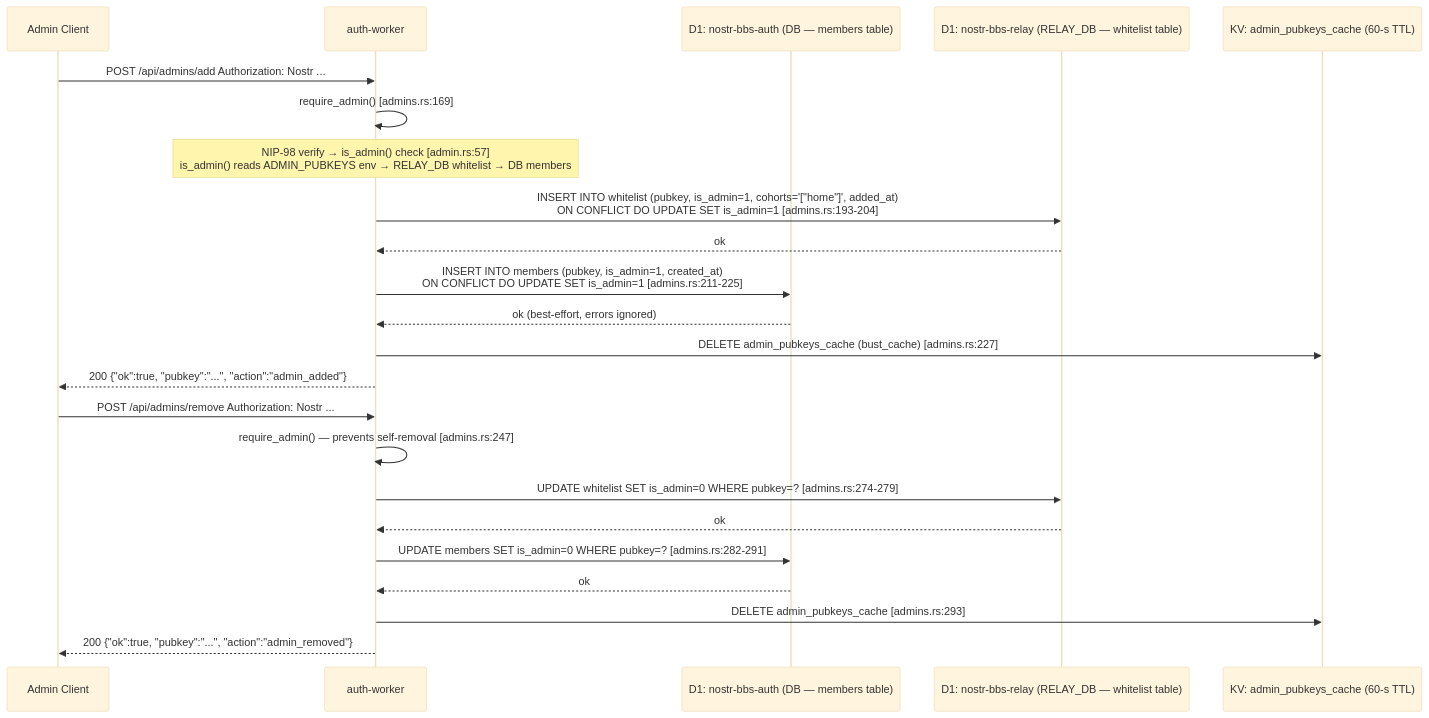
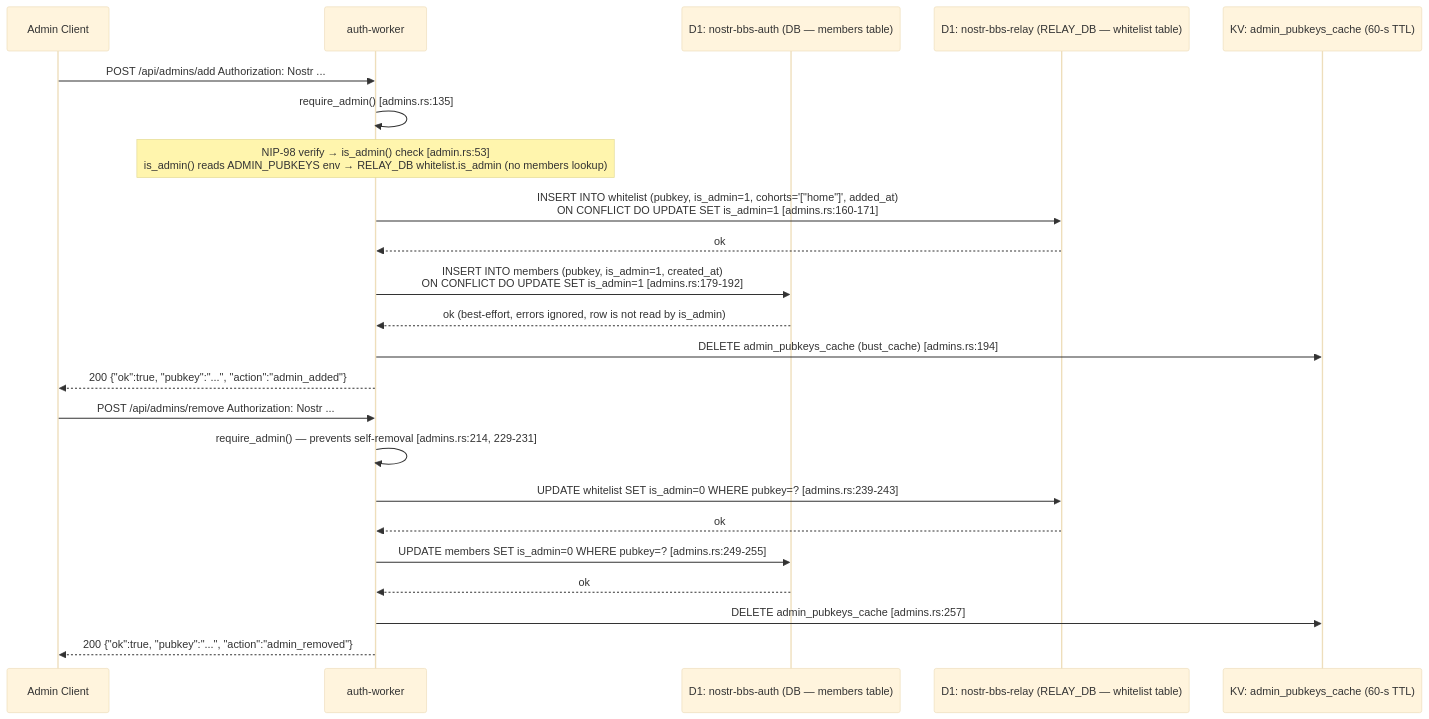
Before and after one commit to DreamLab-AI/nostr-rust-forum: the second of 7 diagrams in docs/diagrams/auth-governance-flows.md, drawn with Mermaid (base theme). The commit also changed other lines of this file and 4 other files, not shown here.

First line of the commit message:
docs(diagrams): bring the diagram corpus up to 3c48e26 (NIP-09 tombstones, deletion sync, NIP-42 receipts, per-identity zone keys)

````diff
--- a/docs/diagrams/auth-governance-flows.md
+++ b/docs/diagrams/auth-governance-flows.md
@@ -79,30 +84,30 @@
 ```mermaid
 sequenceDiagram
     participant A as Admin Client
     participant W as auth-worker
     participant D1A as D1: nostr-bbs-auth (DB — members table)
     participant D1R as D1: nostr-bbs-relay (RELAY_DB — whitelist table)
     participant KV as KV: admin_pubkeys_cache (60-s TTL)
 
     A->>W: POST /api/admins/add  Authorization: Nostr ...
-    W->>W: require_admin() [admins.rs:169]
-    Note over W: NIP-98 verify → is_admin() check [admin.rs:57]<br/>is_admin() reads ADMIN_PUBKEYS env → RELAY_DB whitelist → DB members
+    W->>W: require_admin() [admins.rs:135]
+    Note over W: NIP-98 verify → is_admin() check [admin.rs:53]<br/>is_admin() reads ADMIN_PUBKEYS env → RELAY_DB whitelist.is_admin (no members lookup)
 
-    W->>D1R: INSERT INTO whitelist (pubkey, is_admin=1, cohorts='["home"]', added_at)<br/>ON CONFLICT DO UPDATE SET is_admin=1 [admins.rs:193-204]
+    W->>D1R: INSERT INTO whitelist (pubkey, is_admin=1, cohorts='["home"]', added_at)<br/>ON CONFLICT DO UPDATE SET is_admin=1 [admins.rs:160-171]
     D1R-->>W: ok
 
-    W->>D1A: INSERT INTO members (pubkey, is_admin=1, created_at)<br/>ON CONFLICT DO UPDATE SET is_admin=1 [admins.rs:211-225]
-    D1A-->>W: ok (best-effort, errors ignored)
+    W->>D1A: INSERT INTO members (pubkey, is_admin=1, created_at)<br/>ON CONFLICT DO UPDATE SET is_admin=1 [admins.rs:179-192]
+    D1A-->>W: ok (best-effort, errors ignored, row is not read by is_admin)
 
-    W->>KV: DELETE admin_pubkeys_cache (bust_cache) [admins.rs:227]
+    W->>KV: DELETE admin_pubkeys_cache (bust_cache) [admins.rs:194]
     W-->>A: 200 {"ok":true, "pubkey":"...", "action":"admin_added"}
 
     A->>W: POST /api/admins/remove  Authorization: Nostr ...
-    W->>W: require_admin() — prevents self-removal [admins.rs:247]
-    W->>D1R: UPDATE whitelist SET is_admin=0 WHERE pubkey=? [admins.rs:274-279]
+    W->>W: require_admin() — prevents self-removal [admins.rs:214, 229-231]
+    W->>D1R: UPDATE whitelist SET is_admin=0 WHERE pubkey=? [admins.rs:239-243]
     D1R-->>W: ok
-    W->>D1A: UPDATE members SET is_admin=0 WHERE pubkey=? [admins.rs:282-291]
+    W->>D1A: UPDATE members SET is_admin=0 WHERE pubkey=? [admins.rs:249-255]
     D1A-->>W: ok
-    W->>KV: DELETE admin_pubkeys_cache [admins.rs:293]
+    W->>KV: DELETE admin_pubkeys_cache [admins.rs:257]
     W-->>A: 200 {"ok":true, "pubkey":"...", "action":"admin_removed"}
 ```
````
